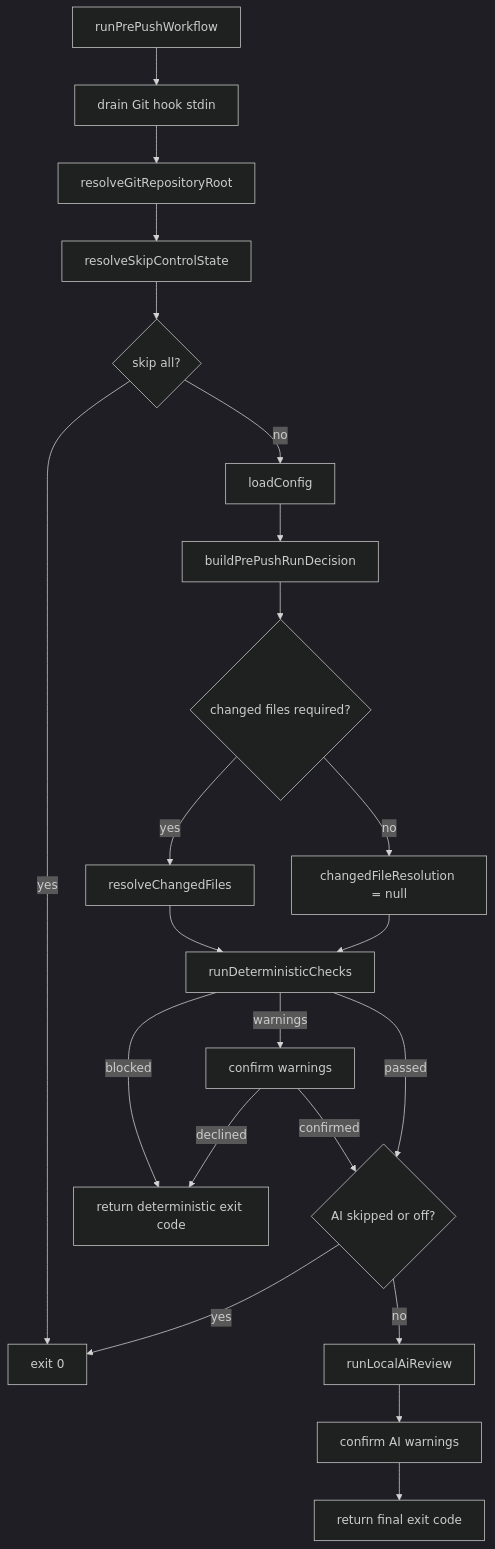
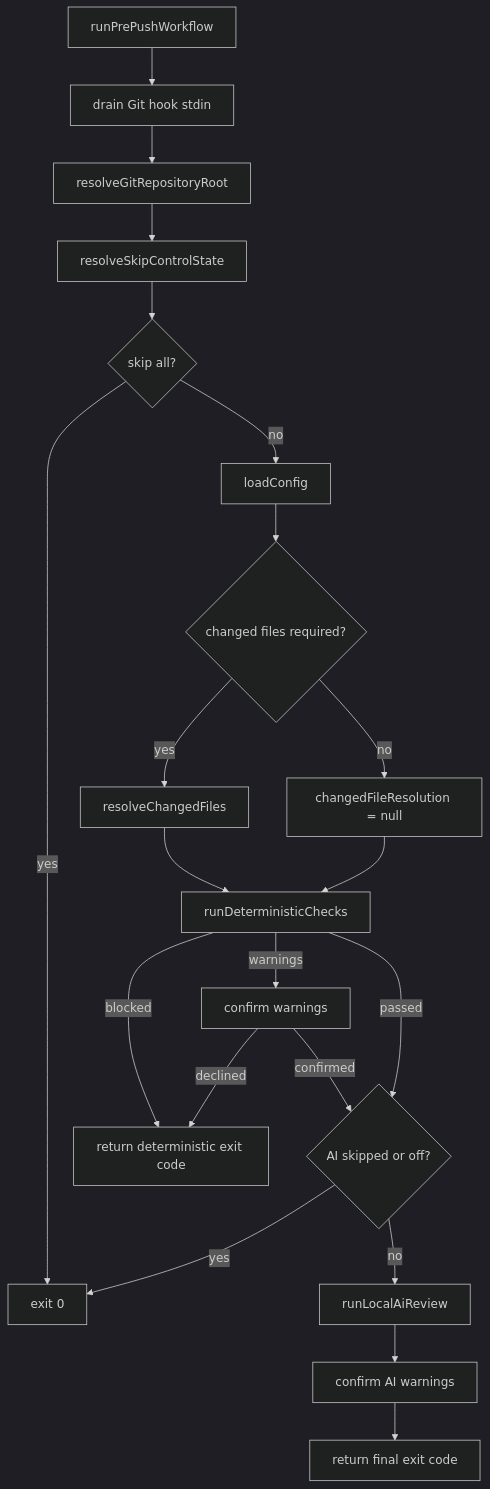
The second of 3 diagrams in docs/architecture/runtime-flow.md (rootstrap/ai-pushgate), drawn with Mermaid (dark theme) before and after one commit. The commit also changed other lines of this file and 12 other files, not shown here.

First line of the commit message:
Refactor Pushgate CLI to integrate pre-push hook and remove separate push command

````diff
--- a/docs/architecture/runtime-flow.md
+++ b/docs/architecture/runtime-flow.md
@@ -55,24 +54,23 @@
 ```mermaid
 flowchart TD
   Start["runPrePushWorkflow"] --> Drain["drain Git hook stdin"]
   Drain --> Repo["resolveGitRepositoryRoot"]
   Repo --> Skip["resolveSkipControlState"]
   Skip --> ConfigDecision{"skip all?"}
   ConfigDecision -->|yes| Done0["exit 0"]
   ConfigDecision -->|no| Config["loadConfig"]
-  Config --> Decision["buildPrePushRunDecision"]
-  Decision --> Changed{"changed files required?"}
+  Config --> Changed{"changed files required?"}
   Changed -->|yes| Path["resolveChangedFiles"]
   Changed -->|no| NoPath["changedFileResolution = null"]
   Path --> Det["runDeterministicChecks"]
   NoPath --> Det
   Det -->|blocked| Done1["return deterministic exit code"]
   Det -->|warnings| Confirm1["confirm warnings"]
   Confirm1 -->|declined| Done1
   Confirm1 -->|confirmed| AIGate{"AI skipped or off?"}
   Det -->|passed| AIGate
   AIGate -->|yes| Done0
   AIGate -->|no| AI["runLocalAiReview"]
   AI --> Confirm2["confirm AI warnings"]
   Confirm2 --> DoneAI["return final exit code"]
 ```
````
